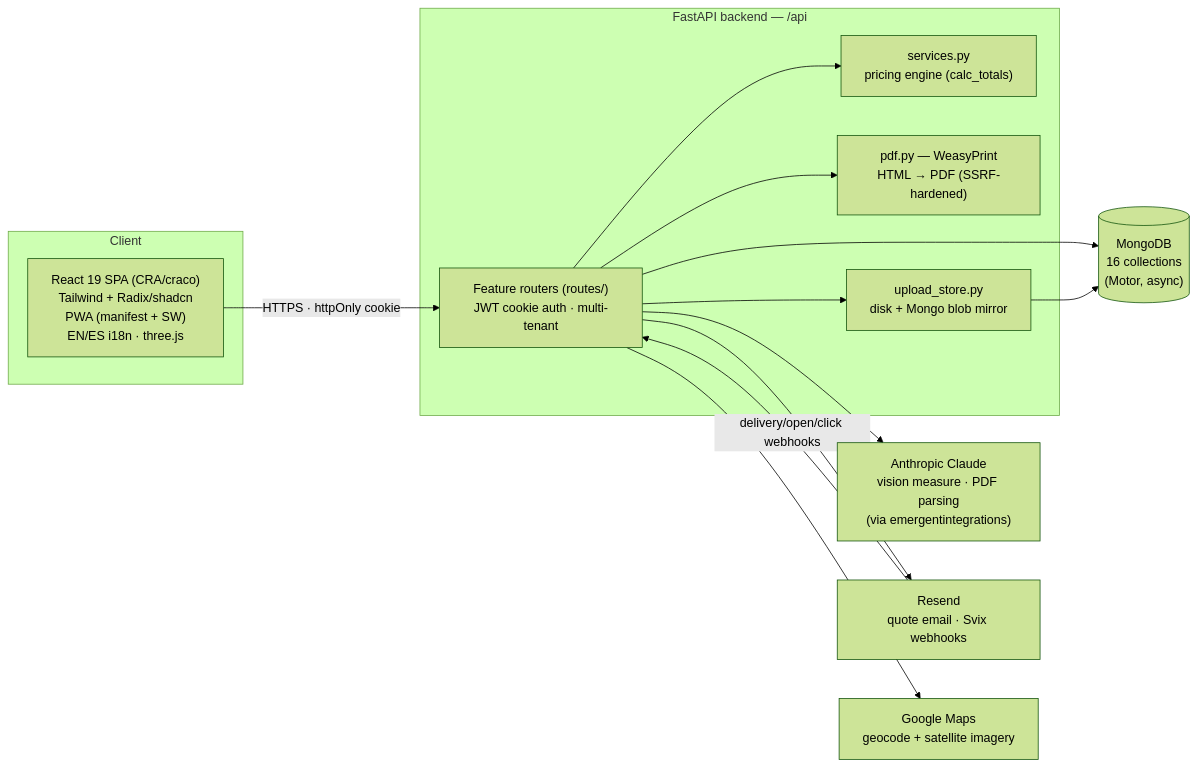
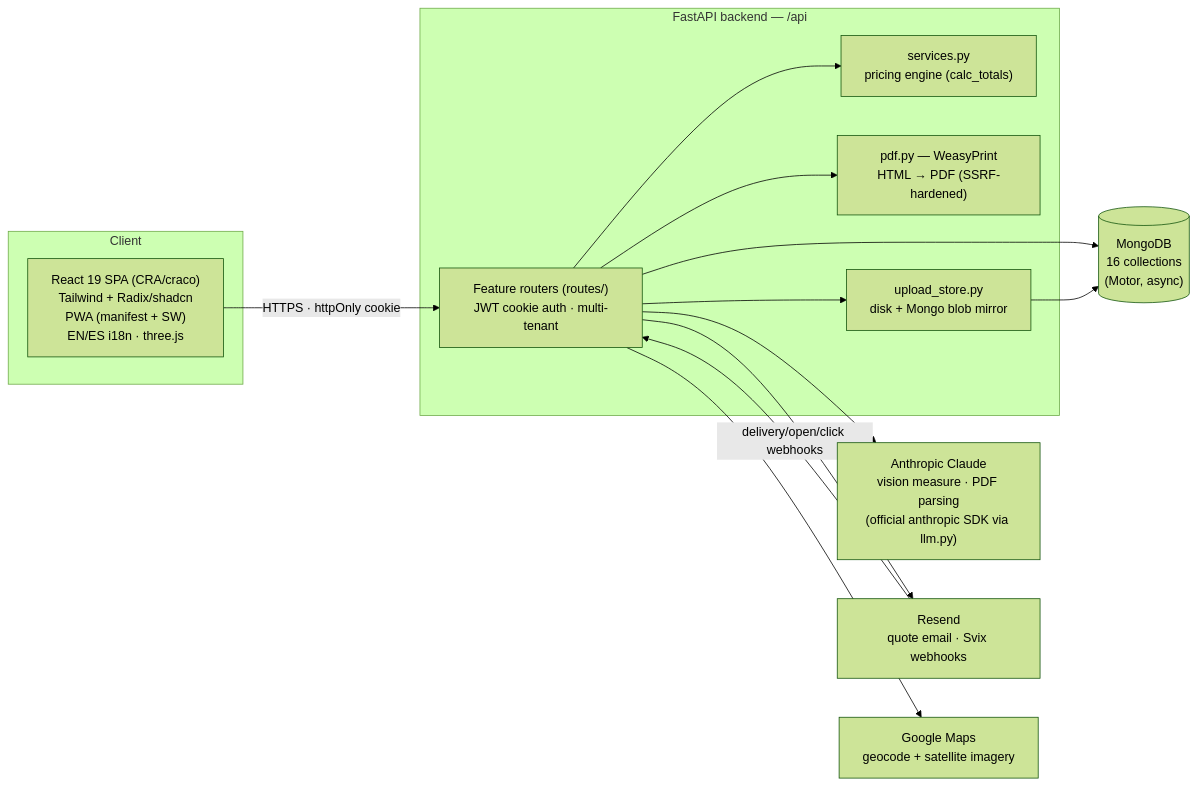
One commit to jpmalich/pro-quote-estimator changed the first of 2 diagrams in docs/05-architecture.md. Above: the diagram before and after it, drawn with Mermaid (forest theme). The commit also changed other lines of this file and 44 other files, not shown here.

````diff
--- a/docs/05-architecture.md
+++ b/docs/05-architecture.md
@@ -7,30 +7,30 @@
 ```mermaid
 flowchart LR
     subgraph Client
         SPA["React 19 SPA (CRA/craco)<br/>Tailwind + Radix/shadcn<br/>PWA (manifest + SW)<br/>EN/ES i18n · three.js"]
     end
 
     subgraph Backend["FastAPI backend — /api"]
         RTR["Feature routers (routes/)<br/>JWT cookie auth · multi-tenant"]
         SVC["services.py<br/>pricing engine (calc_totals)"]
         PDF["pdf.py — WeasyPrint<br/>HTML → PDF (SSRF-hardened)"]
         UPS["upload_store.py<br/>disk + Mongo blob mirror"]
     end
 
     DB[("MongoDB<br/>16 collections<br/>(Motor, async)")]
 
-    CLAUDE["Anthropic Claude<br/>vision measure · PDF parsing<br/>(via emergentintegrations)"]
+    CLAUDE["Anthropic Claude<br/>vision measure · PDF parsing<br/>(official anthropic SDK via llm.py)"]
     RESEND["Resend<br/>quote email · Svix webhooks"]
     GMAPS["Google Maps<br/>geocode + satellite imagery"]
 
     SPA -- "HTTPS · httpOnly cookie" --> RTR
     RTR --> SVC
     RTR --> PDF
     RTR --> UPS
     RTR --> DB
     UPS --> DB
     RTR --> CLAUDE
     RTR --> RESEND
     RESEND -- "delivery/open/click webhooks" --> RTR
     RTR --> GMAPS
 ```
````
